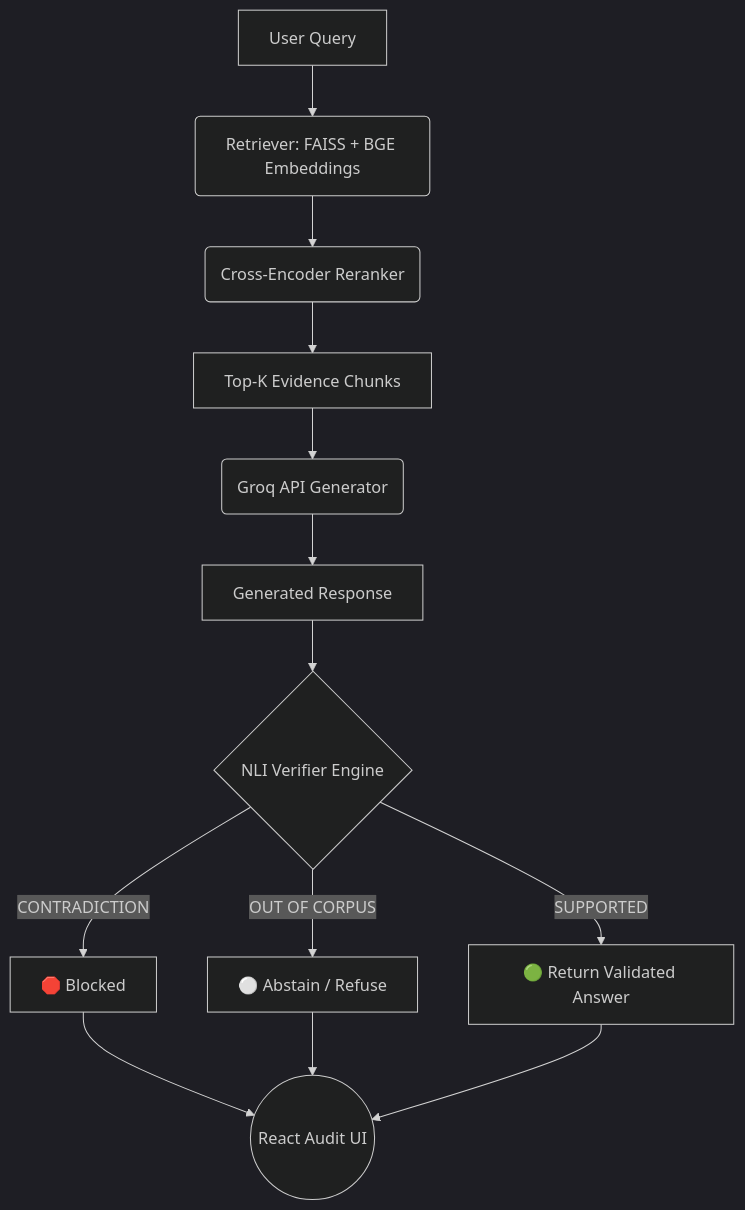
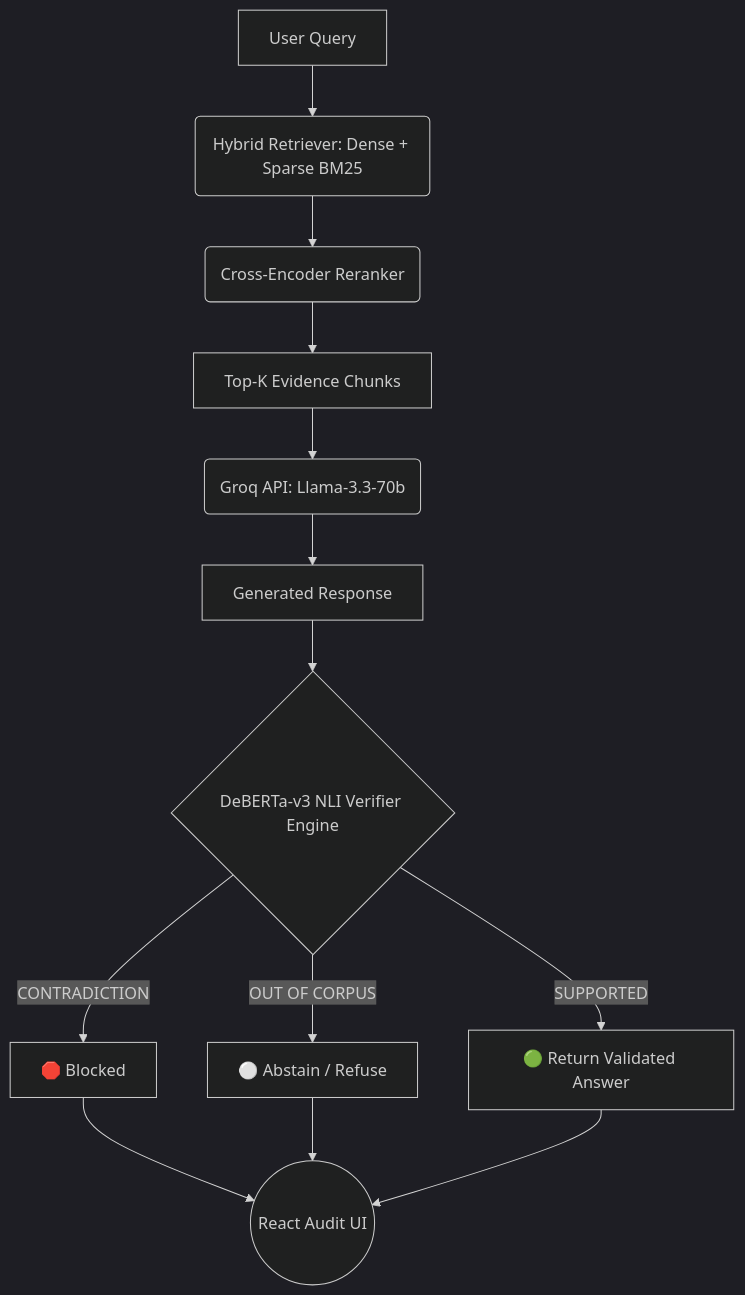
The diagram in README.md (Sashya-Vinodha/TruthLens), drawn with Mermaid (dark theme) before and after one commit. The commit also changed other lines of this file, not shown here.

````diff
--- a/README.md
+++ b/README.md
@@ -72,15 +71,15 @@
 ```mermaid
 graph TD
-    A[User Query] --> B(Retriever: FAISS + BGE Embeddings)
+    A[User Query] --> B(Hybrid Retriever: Dense + Sparse BM25)
     B --> C(Cross-Encoder Reranker)
     C --> D[Top-K Evidence Chunks]
-    D --> E(Groq API Generator)
+    D --> E(Groq API: Llama-3.3-70b)
     E --> F[Generated Response]
-    F --> G{NLI Verifier Engine}
+    F --> G{DeBERTa-v3 NLI Verifier Engine}
     G -->|CONTRADICTION| H[🛑 Blocked]
     G -->|OUT OF CORPUS| I[⚪ Abstain / Refuse]
     G -->|SUPPORTED| J[🟢 Return Validated Answer]
     H --> K((React Audit UI))
     I --> K
     J --> K
 ```
````
